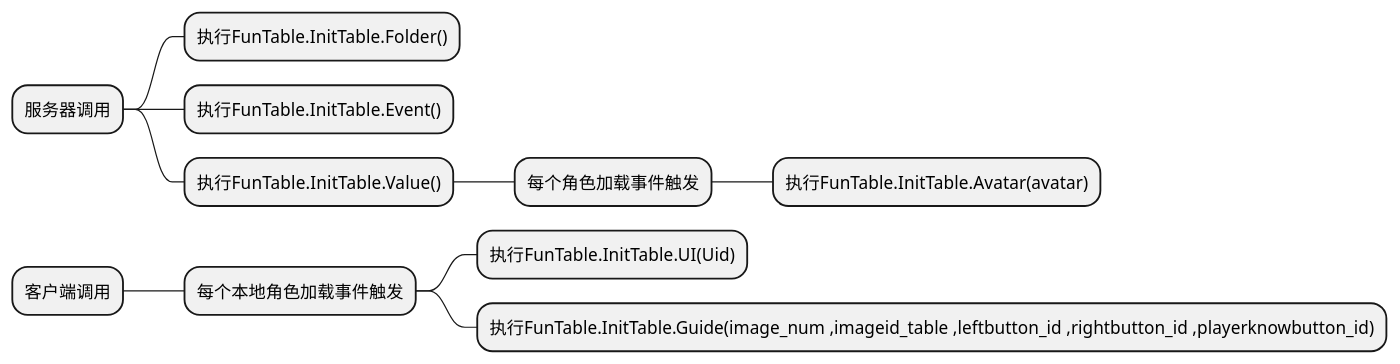
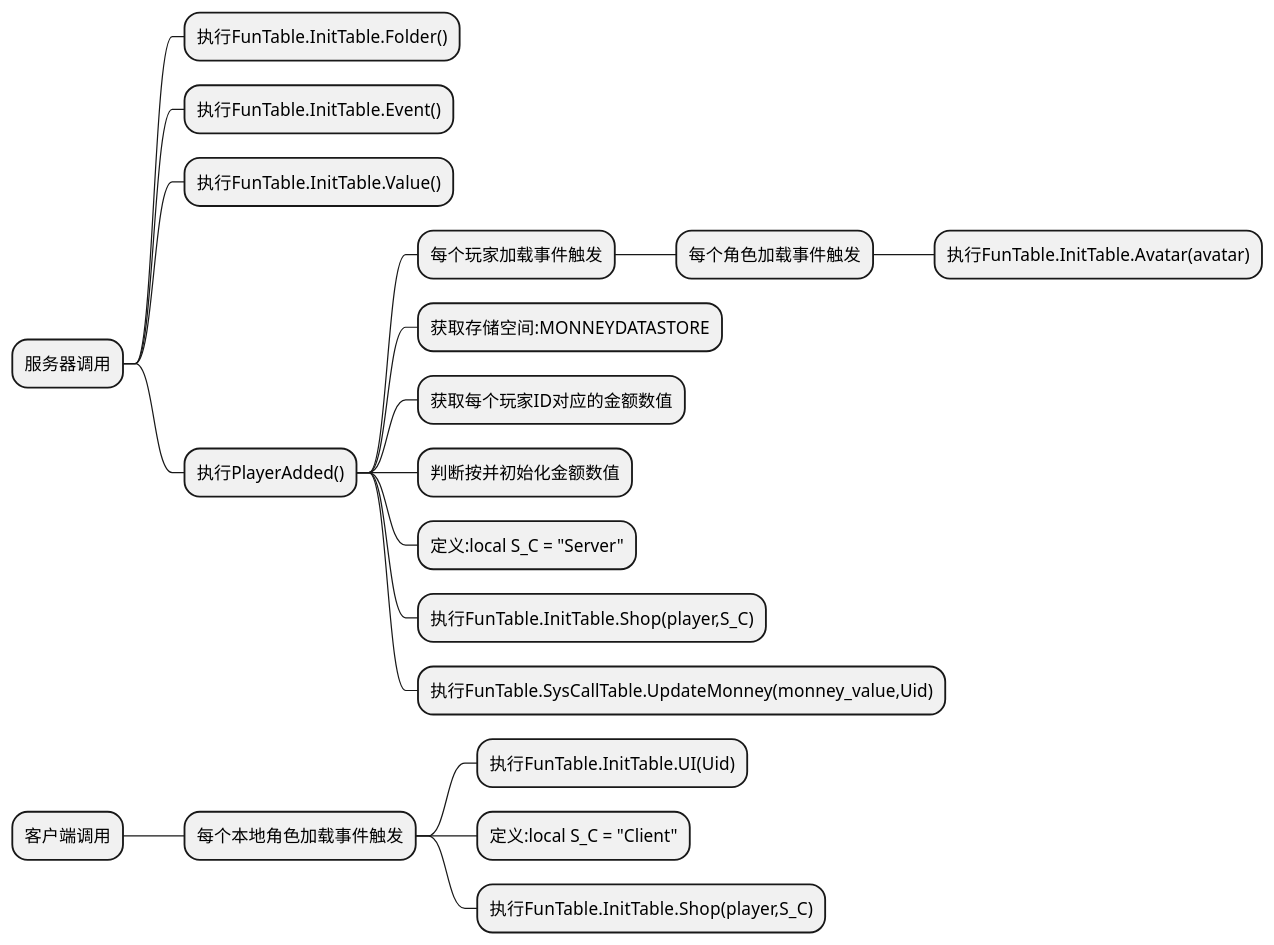
One commit to myrainbowcolor/Rworlder changed the diagram in docs/ReWorld编程模板目录/模板/功能系统/Shop.md. Above: the diagram before and after it, drawn with PlantUML. The commit also changed other lines of this file and 5 other files, not shown here.

````diff
--- a/docs/ReWorld编程模板目录/模板/功能系统/Shop.md
+++ b/docs/ReWorld编程模板目录/模板/功能系统/Shop.md
@@ -4,15 +4,24 @@
 ```plantuml
 @startmindmap
 * 服务器调用
 ** 执行FunTable.InitTable.Folder()
 ** 执行FunTable.InitTable.Event()
 ** 执行FunTable.InitTable.Value()
-*** 每个角色加载事件触发
-**** 执行FunTable.InitTable.Avatar(avatar)
+** 执行PlayerAdded()
+*** 每个玩家加载事件触发
+**** 每个角色加载事件触发
+***** 执行FunTable.InitTable.Avatar(avatar)
+*** 获取存储空间:MONNEYDATASTORE
+*** 获取每个玩家ID对应的金额数值
+*** 判断按并初始化金额数值
+*** 定义:local S_C = "Server"
+*** 执行FunTable.InitTable.Shop(player,S_C)
+*** 执行FunTable.SysCallTable.UpdateMonney(monney_value,Uid)
 
 * 客户端调用
 ** 每个本地角色加载事件触发
 *** 执行FunTable.InitTable.UI(Uid)
-*** 执行FunTable.InitTable.Guide(image_num ,imageid_table ,leftbutton_id ,rightbutton_id ,playerknowbutton_id)
+*** 定义:local S_C = "Client"
+*** 执行FunTable.InitTable.Shop(player,S_C)
 @endmindmap
 ```
````
